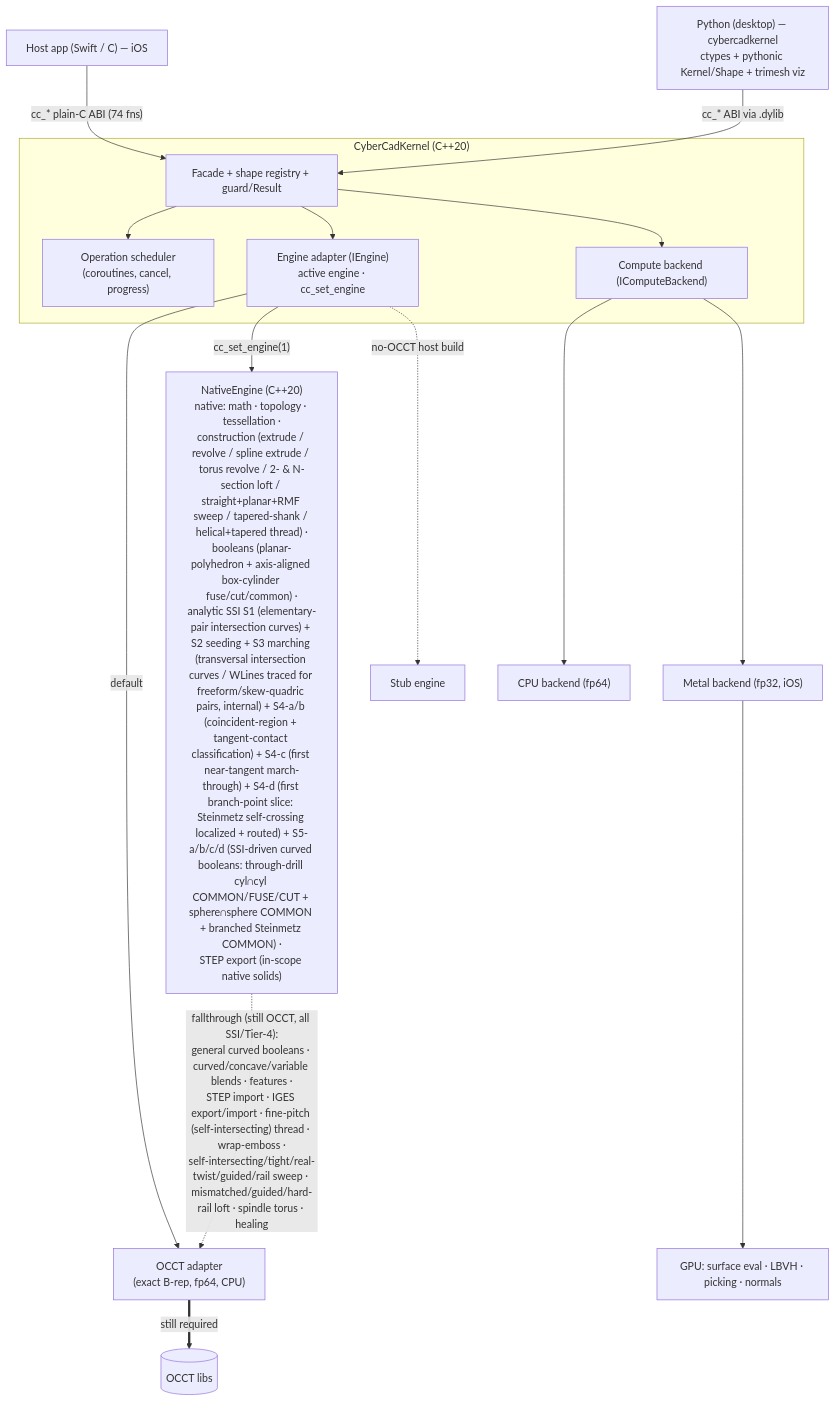
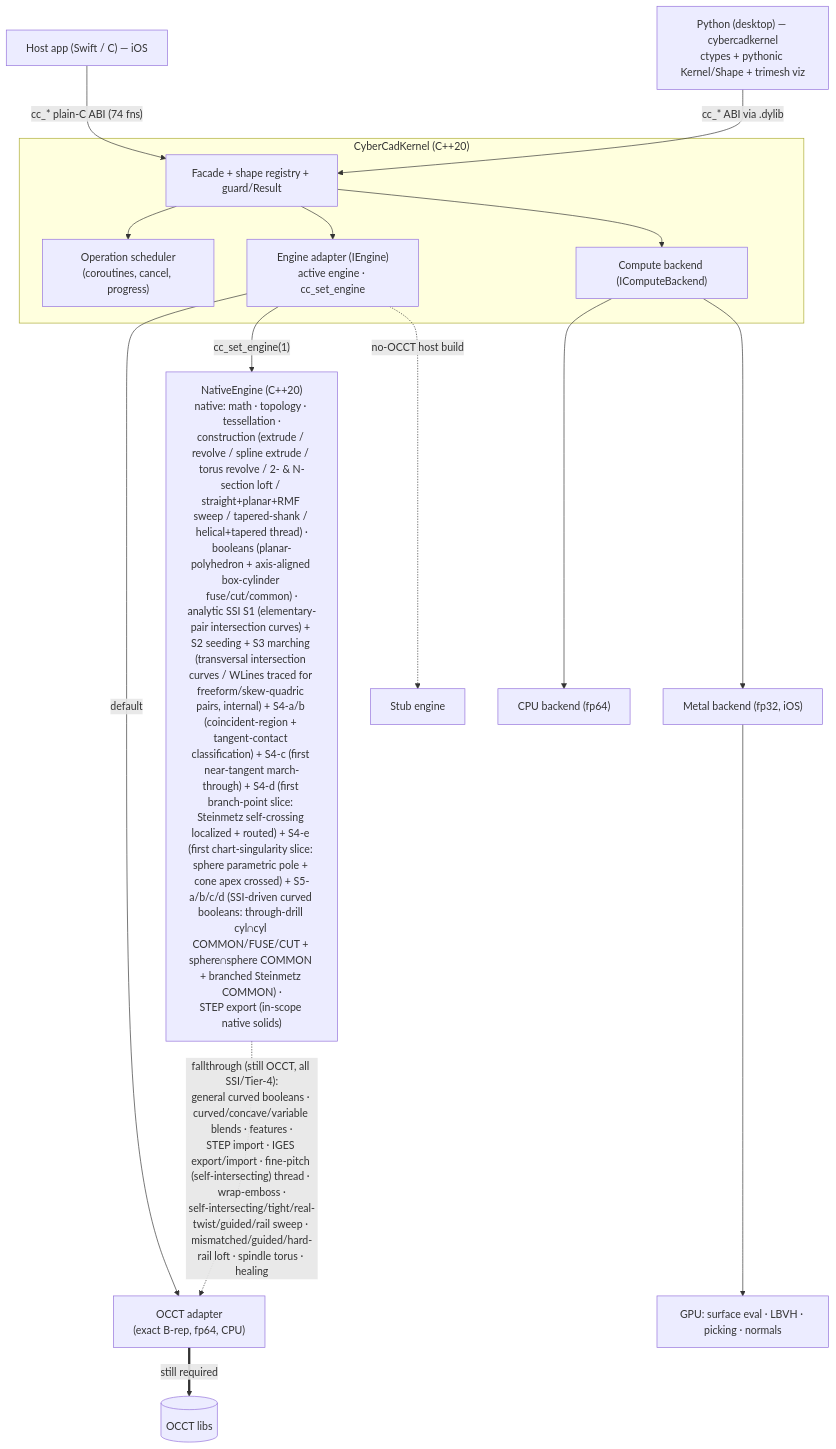
The diagram in README.md (CyberdyneCorp/CyberCadKernel), drawn with Mermaid before and after one commit. The commit also changed other lines of this file and 16 other files, not shown here.

````diff
--- a/README.md
+++ b/README.md
@@ -33,27 +33,27 @@
 ```mermaid
 flowchart TD
     App["Host app (Swift / C) — iOS"] -->|"cc_* plain-C ABI (74 fns)"| Facade
     Py["Python (desktop) — cybercadkernel<br/>ctypes + pythonic Kernel/Shape + trimesh viz"] -->|"cc_* ABI via .dylib"| Facade
 
     subgraph Kernel["CyberCadKernel (C++20)"]
         Facade["Facade + shape registry + guard/Result"]
         Sched["Operation scheduler<br/>(coroutines, cancel, progress)"]
         Engine["Engine adapter (IEngine)<br/>active engine · cc_set_engine"]
         Compute["Compute backend (IComputeBackend)"]
 
         Facade --> Sched
         Facade --> Engine
         Facade --> Compute
     end
 
     Engine -->|"default"| OCCT["OCCT adapter<br/>(exact B-rep, fp64, CPU)"]
-    Engine -->|"cc_set_engine(1)"| Native["NativeEngine (C++20)<br/>native: math · topology · tessellation ·<br/>construction (extrude / revolve / spline extrude / torus revolve / 2- &amp; N-section loft / straight+planar+RMF sweep / tapered-shank / helical+tapered thread) ·<br/>booleans (planar-polyhedron + axis-aligned box-cylinder fuse/cut/common) ·<br/>analytic SSI S1 (elementary-pair intersection curves) + S2 seeding + S3 marching (transversal intersection curves / WLines traced for freeform/skew-quadric pairs, internal) + S4-a/b (coincident-region + tangent-contact classification) + S4-c (first near-tangent march-through) + S4-d (first branch-point slice: Steinmetz self-crossing localized + routed) + S5-a/b/c/d (SSI-driven curved booleans: through-drill cyl∩cyl COMMON/FUSE/CUT + sphere∩sphere COMMON + branched Steinmetz COMMON) ·<br/>STEP export (in-scope native solids)"]
+    Engine -->|"cc_set_engine(1)"| Native["NativeEngine (C++20)<br/>native: math · topology · tessellation ·<br/>construction (extrude / revolve / spline extrude / torus revolve / 2- &amp; N-section loft / straight+planar+RMF sweep / tapered-shank / helical+tapered thread) ·<br/>booleans (planar-polyhedron + axis-aligned box-cylinder fuse/cut/common) ·<br/>analytic SSI S1 (elementary-pair intersection curves) + S2 seeding + S3 marching (transversal intersection curves / WLines traced for freeform/skew-quadric pairs, internal) + S4-a/b (coincident-region + tangent-contact classification) + S4-c (first near-tangent march-through) + S4-d (first branch-point slice: Steinmetz self-crossing localized + routed) + S4-e (first chart-singularity slice: sphere parametric pole + cone apex crossed) + S5-a/b/c/d (SSI-driven curved booleans: through-drill cyl∩cyl COMMON/FUSE/CUT + sphere∩sphere COMMON + branched Steinmetz COMMON) ·<br/>STEP export (in-scope native solids)"]
     Engine -.->|"no-OCCT host build"| Stub["Stub engine"]
 
     Native -.->|"fallthrough (still OCCT, all SSI/Tier-4):<br/>general curved booleans · curved/concave/variable blends · features ·<br/>STEP import · IGES export/import · fine-pitch (self-intersecting) thread · wrap-emboss ·<br/>self-intersecting/tight/real-twist/guided/rail sweep · mismatched/guided/hard-rail loft · spindle torus · healing"| OCCT
     OCCT ==>|"still required"| OCCTlib[("OCCT libs")]
 
     Compute --> CPUb["CPU backend (fp64)"]
     Compute --> Metal["Metal backend (fp32, iOS)"]
     Metal --> GPU["GPU: surface eval · LBVH · picking · normals"]
 ```
````
